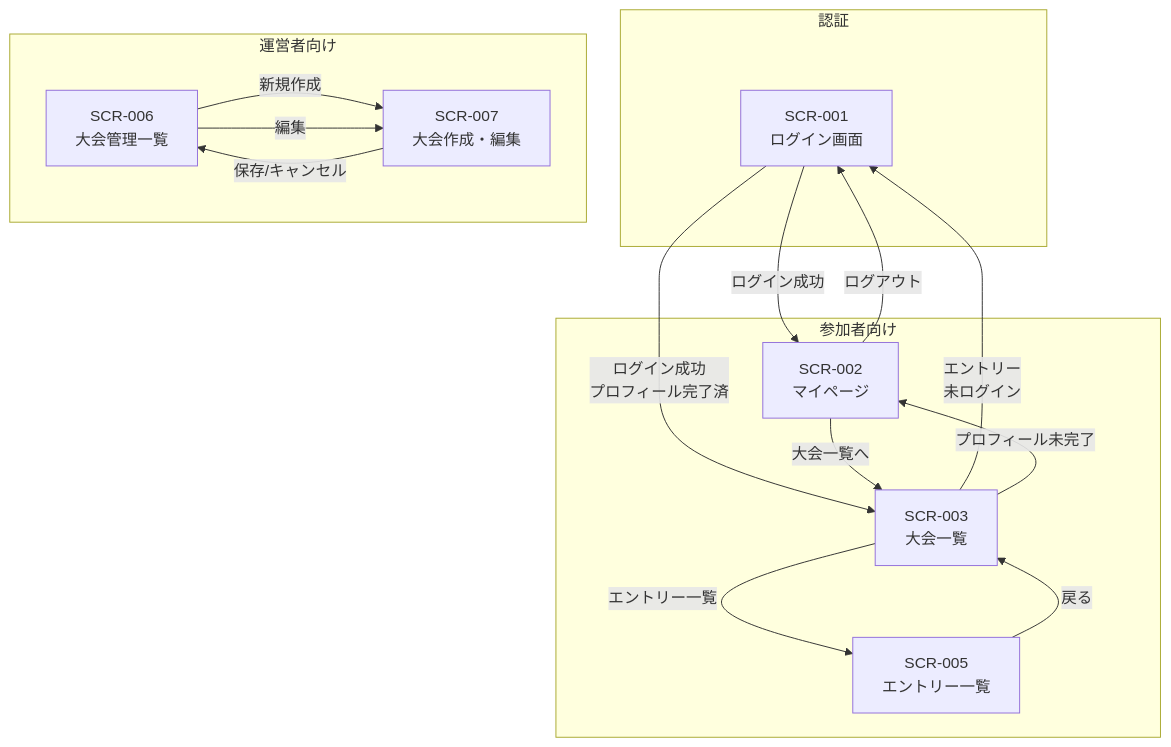
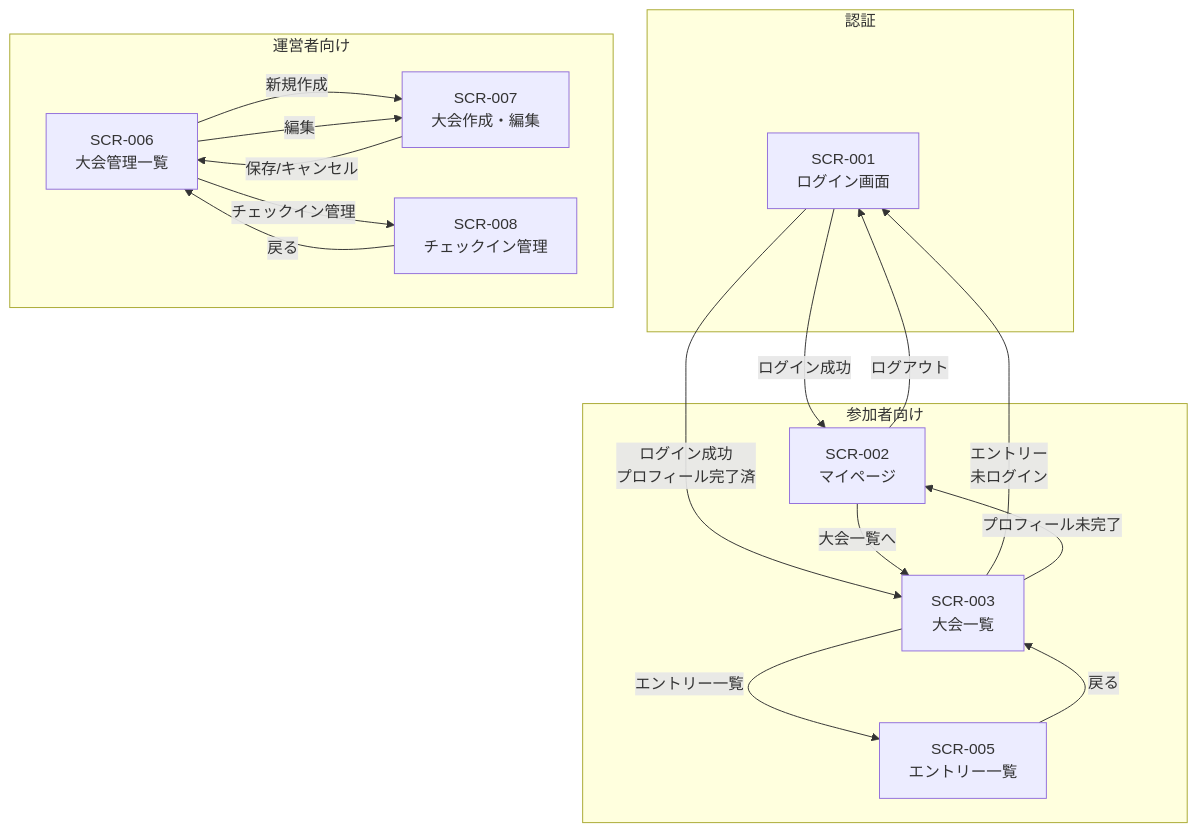
One commit to juv-shun/JiroRimi changed the diagram in docs/screen_design.md. Above: the diagram before and after it, drawn with Mermaid. The commit also changed other lines of this file, not shown here.

````diff
--- a/docs/screen_design.md
+++ b/docs/screen_design.md
@@ -437,33 +506,36 @@
 ```mermaid
 flowchart TD
     subgraph 認証
         LOGIN[SCR-001<br/>ログイン画面]
     end
 
     subgraph 参加者向け
         MYPAGE[SCR-002<br/>マイページ]
         TOURNAMENTS[SCR-003<br/>大会一覧]
         ENTRY_LIST[SCR-005<br/>エントリー一覧]
     end
 
     subgraph 運営者向け
         ADMIN_TOURNAMENTS[SCR-006<br/>大会管理一覧]
         ADMIN_TOURNAMENT_EDIT[SCR-007<br/>大会作成・編集]
+        ADMIN_CHECKIN[SCR-008<br/>チェックイン管理]
     end
 
     LOGIN -->|ログイン成功| MYPAGE
     LOGIN -->|ログイン成功<br/>プロフィール完了済| TOURNAMENTS
 
     MYPAGE -->|大会一覧へ| TOURNAMENTS
     MYPAGE -->|ログアウト| LOGIN
 
     TOURNAMENTS -->|エントリー一覧| ENTRY_LIST
     TOURNAMENTS -->|エントリー<br/>未ログイン| LOGIN
     TOURNAMENTS -->|プロフィール未完了| MYPAGE
 
     ENTRY_LIST -->|戻る| TOURNAMENTS
 
     ADMIN_TOURNAMENTS -->|新規作成| ADMIN_TOURNAMENT_EDIT
     ADMIN_TOURNAMENTS -->|編集| ADMIN_TOURNAMENT_EDIT
+    ADMIN_TOURNAMENTS -->|チェックイン管理| ADMIN_CHECKIN
     ADMIN_TOURNAMENT_EDIT -->|保存/キャンセル| ADMIN_TOURNAMENTS
+    ADMIN_CHECKIN -->|戻る| ADMIN_TOURNAMENTS
 ```
````
